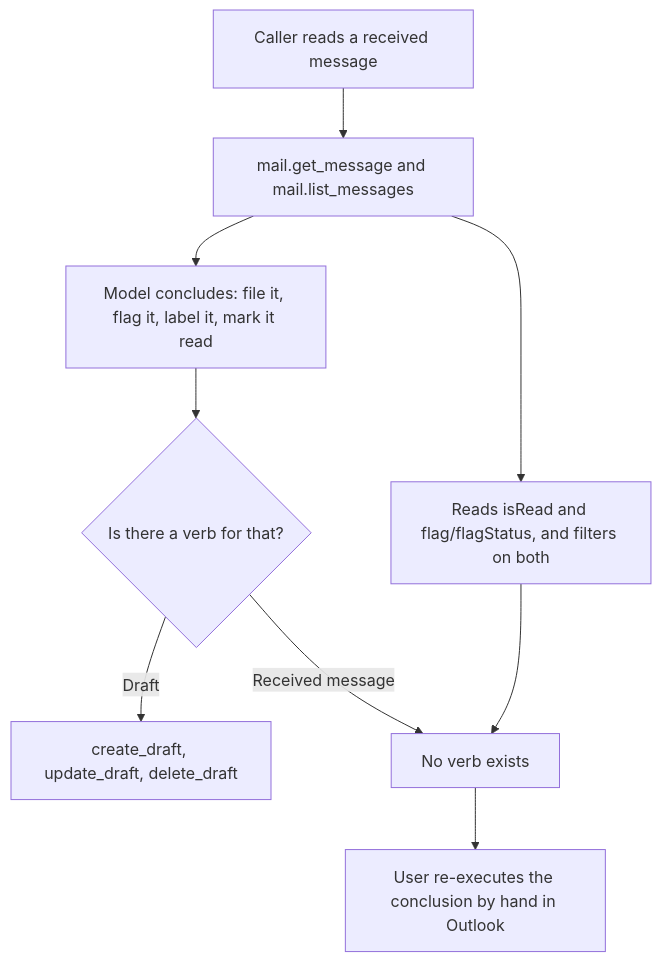
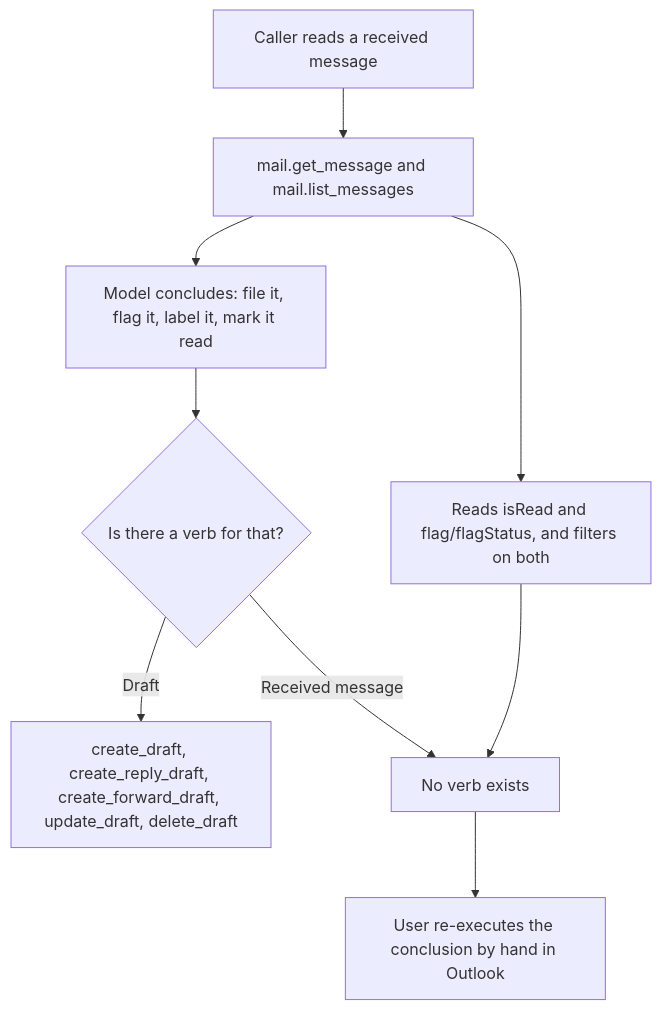
Before and after one commit to desek/outlook-local-mcp: the first of 3 diagrams in docs/cr/CR-0078-email-management-write-verbs.md, drawn with Mermaid. The commit also changed other lines of this file and 1 other file, not shown here.

````diff
--- a/docs/cr/CR-0078-email-management-write-verbs.md
+++ b/docs/cr/CR-0078-email-management-write-verbs.md
@@ -104,11 +107,11 @@
 ```mermaid
 flowchart TD
     A["Caller reads a received message"] --> B["mail.get_message and mail.list_messages"]
     B --> C["Model concludes: file it, flag it, label it, mark it read"]
     C --> D{"Is there a verb for that?"}
-    D -->|"Draft"| E["create_draft, update_draft, delete_draft"]
+    D -->|"Draft"| E["create_draft, create_reply_draft, create_forward_draft, update_draft, delete_draft"]
     D -->|"Received message"| F["No verb exists"]
     F --> G["User re-executes the conclusion by hand in Outlook"]
     B --> H["Reads isRead and flag/flagStatus, and filters on both"]
     H --> F
 ```
````
